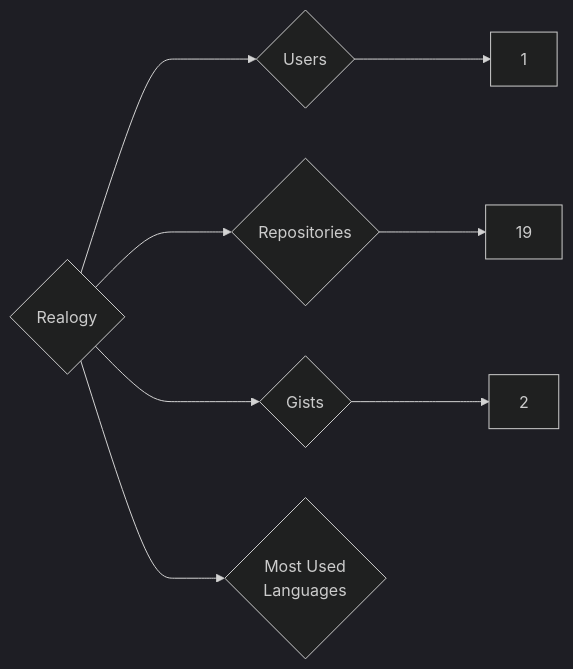
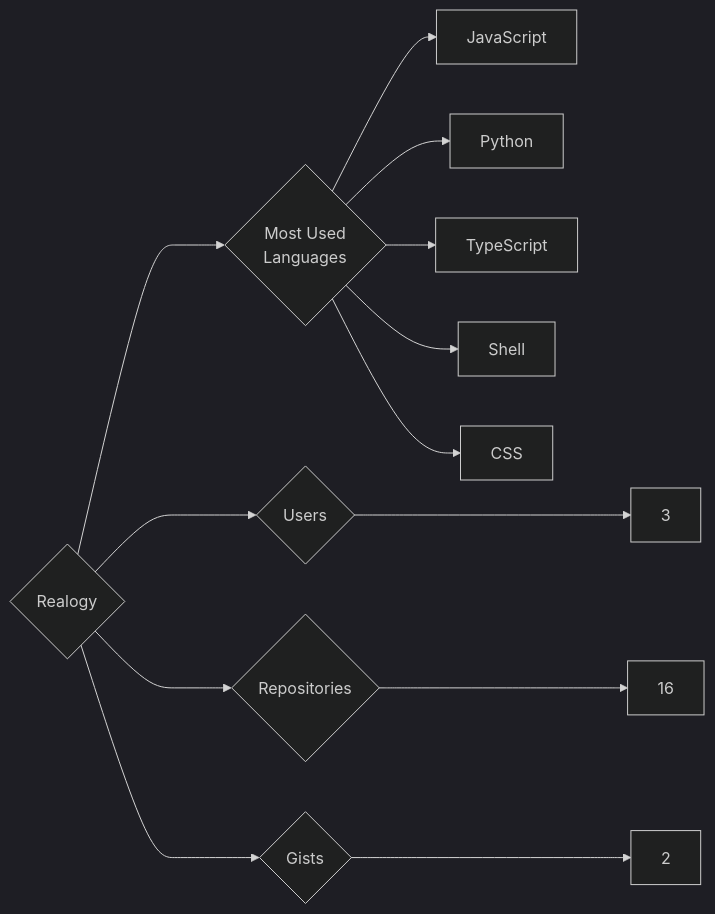
One commit to trickest/insiders changed the diagram in targets/Realogy/README.md. Above: the diagram before and after it, drawn with Mermaid (dark theme). The commit also changed 815 other files, not shown here.

````diff
--- a/targets/Realogy/README.md
+++ b/targets/Realogy/README.md
@@ -3,8 +3,13 @@
 ```mermaid
 graph LR
 COMPANY_NAME{Realogy}
-COMPANY_NAME ---> U{Users} ---> UN[1]
-COMPANY_NAME ---> R{Repositories} ---> RN[19]
+COMPANY_NAME ---> U{Users} ---> UN[3]
+COMPANY_NAME ---> R{Repositories} ---> RN[16]
 COMPANY_NAME ---> G{Gists} ---> GN[2]
 COMPANY_NAME ---> ML{Most Used<br>Languages}
+ML --> JavaScript[JavaScript]
+ML --> Python[Python]
+ML --> TypeScript[TypeScript]
+ML --> Shell[Shell]
+ML --> CSS[CSS]
 ```
````
